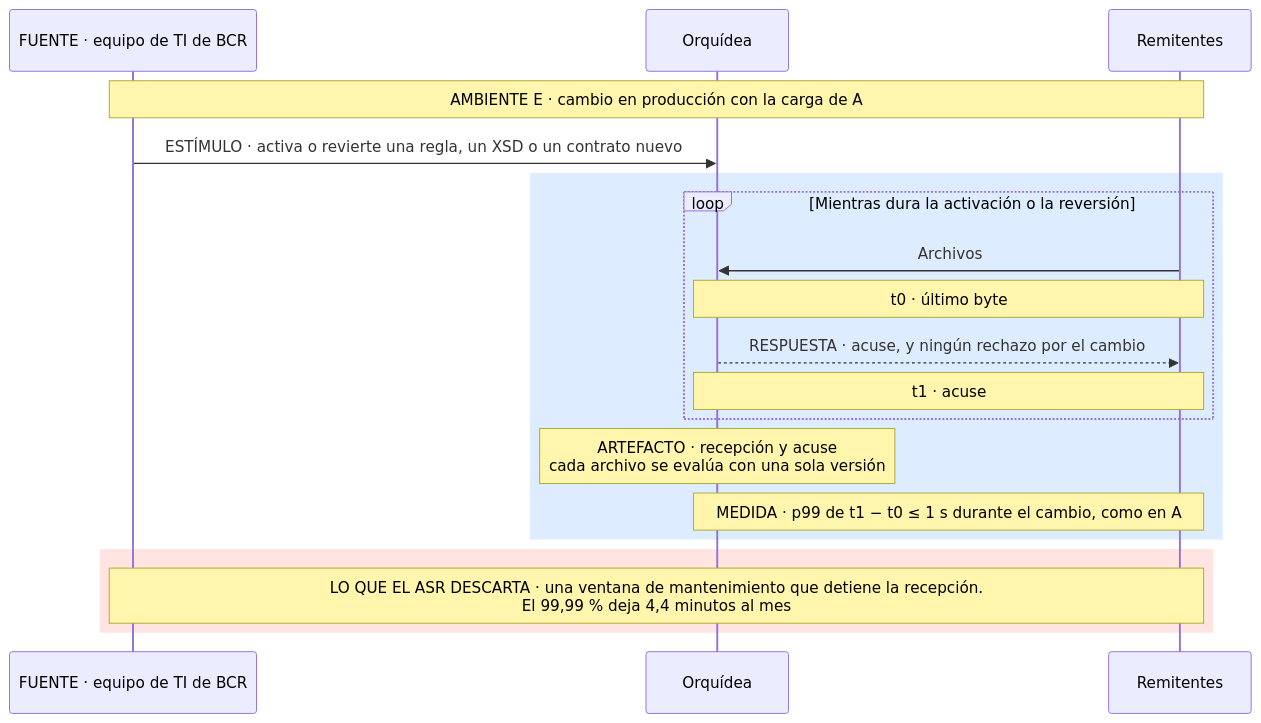
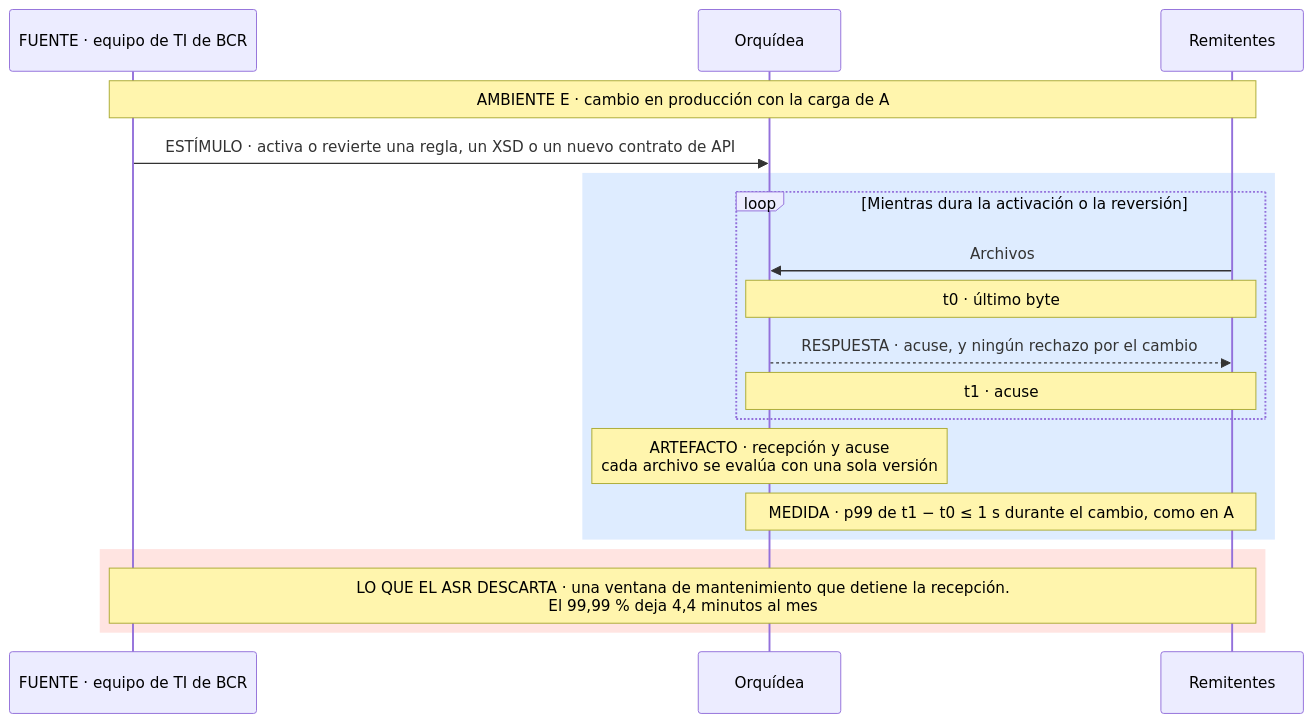
One commit to MATI-MBIT/arqsoft-reto-4 changed diagram 11 of 17 in docs/quality-attributes.md. Above: the diagram before and after it, drawn with Mermaid. The commit also changed other lines of this file, not shown here.

Commit message:
Unifica «contrato de API» para los sistemas externos

````diff
--- a/docs/quality-attributes.md
+++ b/docs/quality-attributes.md
@@ -509,21 +509,21 @@
 ```mermaid
 sequenceDiagram
     participant T as FUENTE · equipo de TI de BCR
     participant O as Orquídea
     participant R as Remitentes
     Note over T,R: AMBIENTE E · cambio en producción con la carga de A
-    T->>O: ESTÍMULO · activa o revierte una regla, un XSD o un contrato nuevo
+    T->>O: ESTÍMULO · activa o revierte una regla, un XSD o un nuevo contrato de API
     rect rgb(222, 236, 255)
     loop Mientras dura la activación o la reversión
         R->>O: Archivos
         Note over O,R: t0 · último byte
         O-->>R: RESPUESTA · acuse, y ningún rechazo por el cambio
         Note over O,R: t1 · acuse
     end
     Note over O: ARTEFACTO · recepción y acuse<br/>cada archivo se evalúa con una sola versión
     Note over O,R: MEDIDA · p99 de t1 − t0 ≤ 1 s durante el cambio, como en A
     end
     rect rgb(255, 228, 225)
     Note over T,R: LO QUE EL ASR DESCARTA · una ventana de mantenimiento que detiene la recepción.<br/>El 99,99 % deja 4,4 minutos al mes
     end
 ```
````
